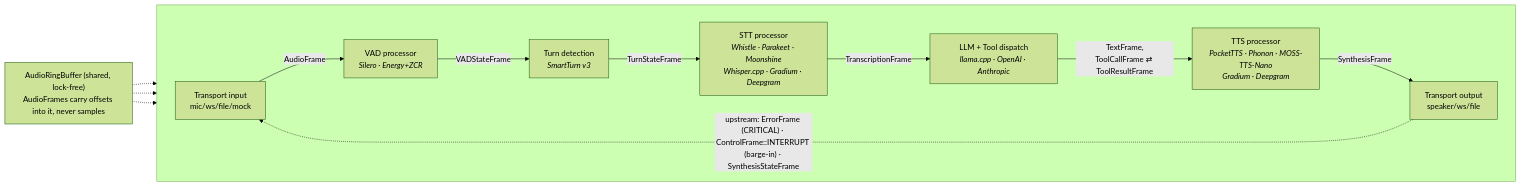
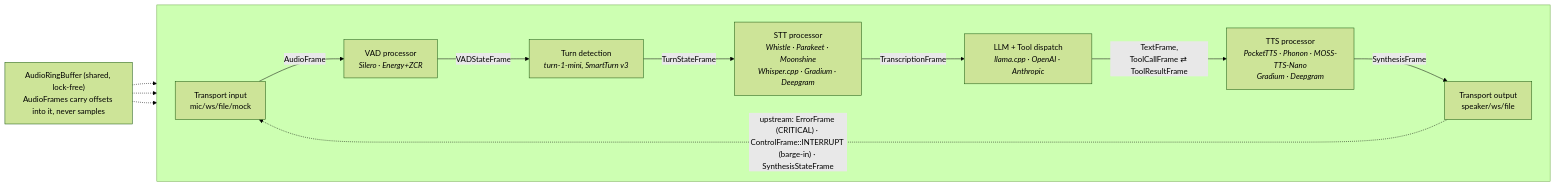
Before and after one commit to fatehmtd/VASDK: the diagram in README.md, drawn with Mermaid (forest theme). The commit also changed other lines of this file and 51 other files, not shown here.

Commit message:
feat(turn): turn-1-mini, a streaming end-of-turn model, preferred over SmartTurn (#24)

````diff
--- a/README.md
+++ b/README.md
@@ -107,28 +107,28 @@
 ```mermaid
 flowchart LR
     Ring["AudioRingBuffer (shared, lock-free)<br/>AudioFrames carry offsets into it, never samples"]
 
     subgraph Stages[" "]
         direction LR
         TIn["Transport input<br/>mic/ws/file/mock"]
         VAD["VAD processor<br/><i>Silero · Energy+ZCR</i>"]
-        Turn["Turn detection<br/><i>SmartTurn v3</i>"]
+        Turn["Turn detection<br/><i>turn-1-mini, SmartTurn v3</i>"]
         STT["STT processor<br/><i>Whistle · Parakeet · Moonshine<br/>Whisper.cpp · Gradium · Deepgram</i>"]
         LLM["LLM + Tool dispatch<br/><i>llama.cpp · OpenAI · Anthropic</i>"]
         TTS["TTS processor<br/><i>PocketTTS · Phonon · MOSS-TTS-Nano<br/>Gradium · Deepgram</i>"]
         TOut["Transport output<br/>speaker/ws/file"]
 
         TIn -->|AudioFrame| VAD
         VAD -->|VADStateFrame| Turn
         Turn -->|TurnStateFrame| STT
         STT -->|TranscriptionFrame| LLM
         LLM -->|"TextFrame,<br/>ToolCallFrame ⇄ ToolResultFrame"| TTS
         TTS -->|SynthesisFrame| TOut
     end
 
     Ring -.-> TIn
     Ring -.-> VAD
     Ring -.-> STT
 
     TOut -.->|"upstream: ErrorFrame (CRITICAL) · ControlFrame::INTERRUPT (barge-in) · SynthesisStateFrame"| TIn
 ```
````
